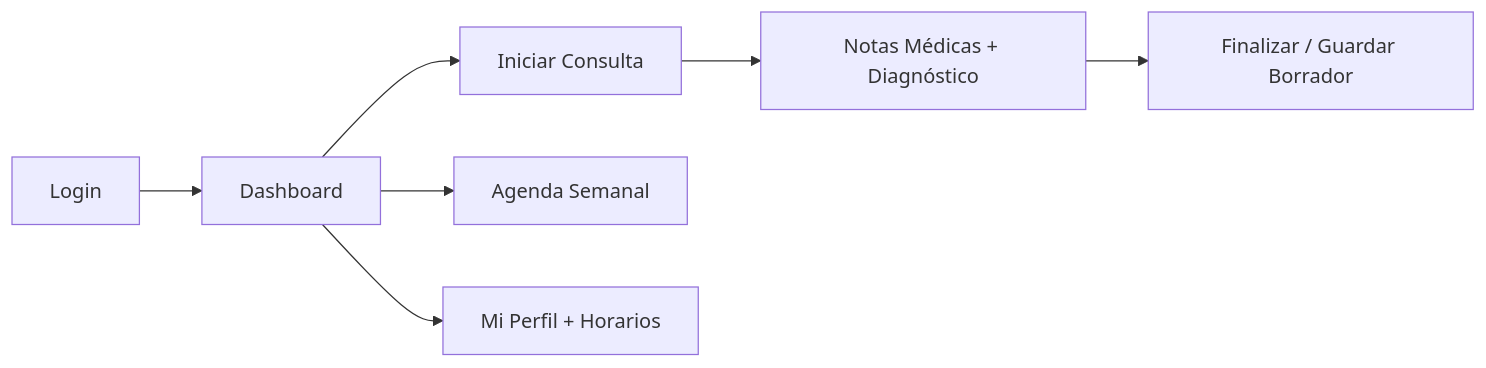
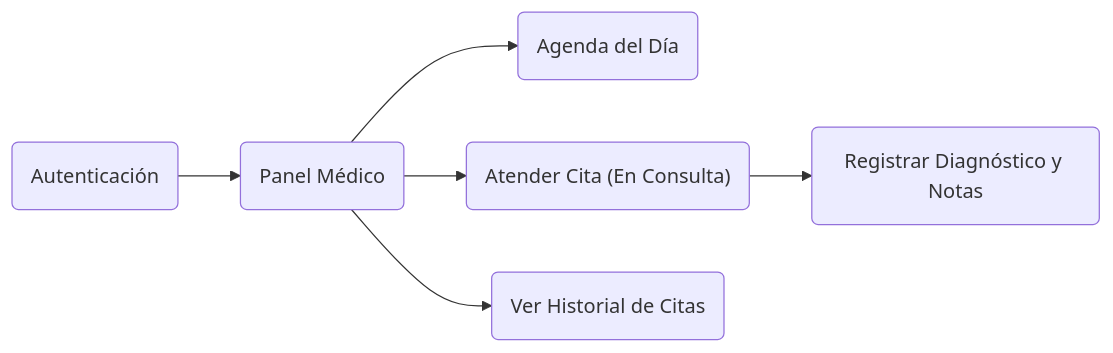
The fourth of 5 diagrams in README.md (Alessandro-BS/Proyecto-Integrador), drawn with Mermaid before and after one commit. The commit also changed other lines of this file and 1 other file, not shown here.

````diff
--- a/README.md
+++ b/README.md
@@ -336,9 +168,8 @@
 ```mermaid
 flowchart LR
-    A["Login"] --> B["Dashboard"]
-    B --> C["Iniciar Consulta"]
-    C --> C1["Notas Médicas + Diagnóstico"]
-    C1 --> C2["Finalizar / Guardar Borrador"]
-    B --> D["Agenda Semanal"]
-    B --> E["Mi Perfil + Horarios"]
+    A("Autenticación") --> B("Panel Médico")
+    B --> C("Agenda del Día")
+    B --> D("Atender Cita (En Consulta)")
+    D --> D1("Registrar Diagnóstico y Notas")
+    B --> E("Ver Historial de Citas")
 ```
````
